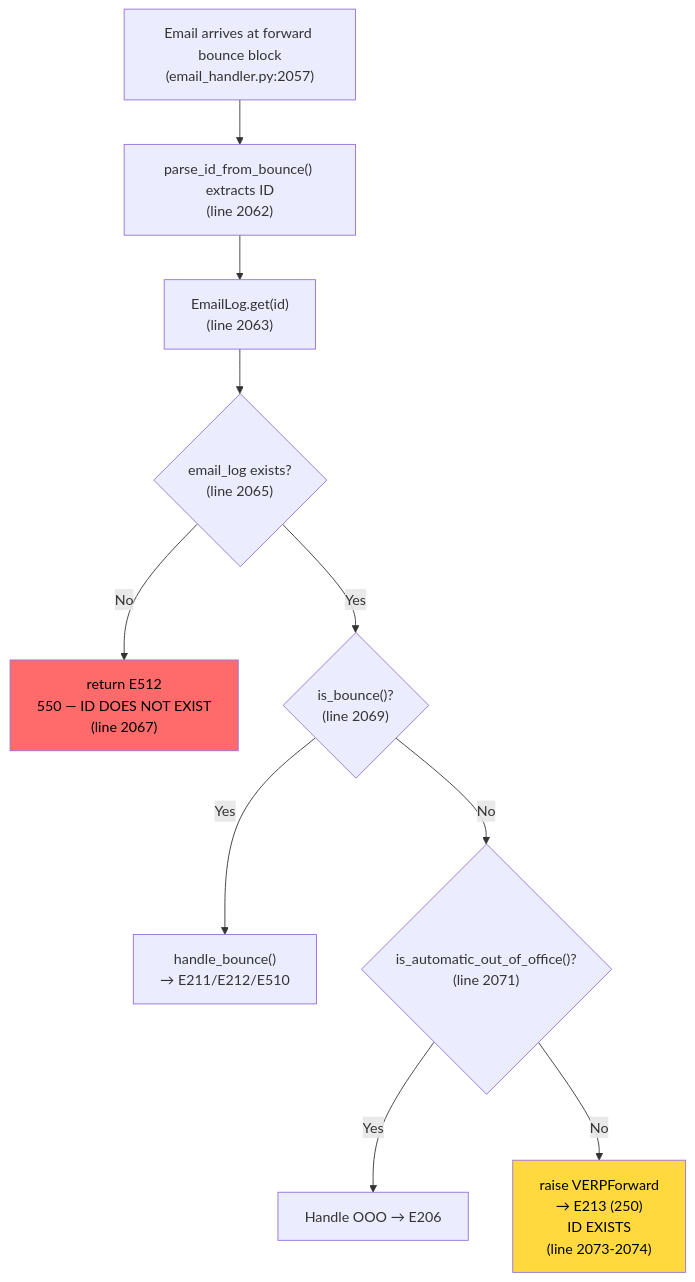
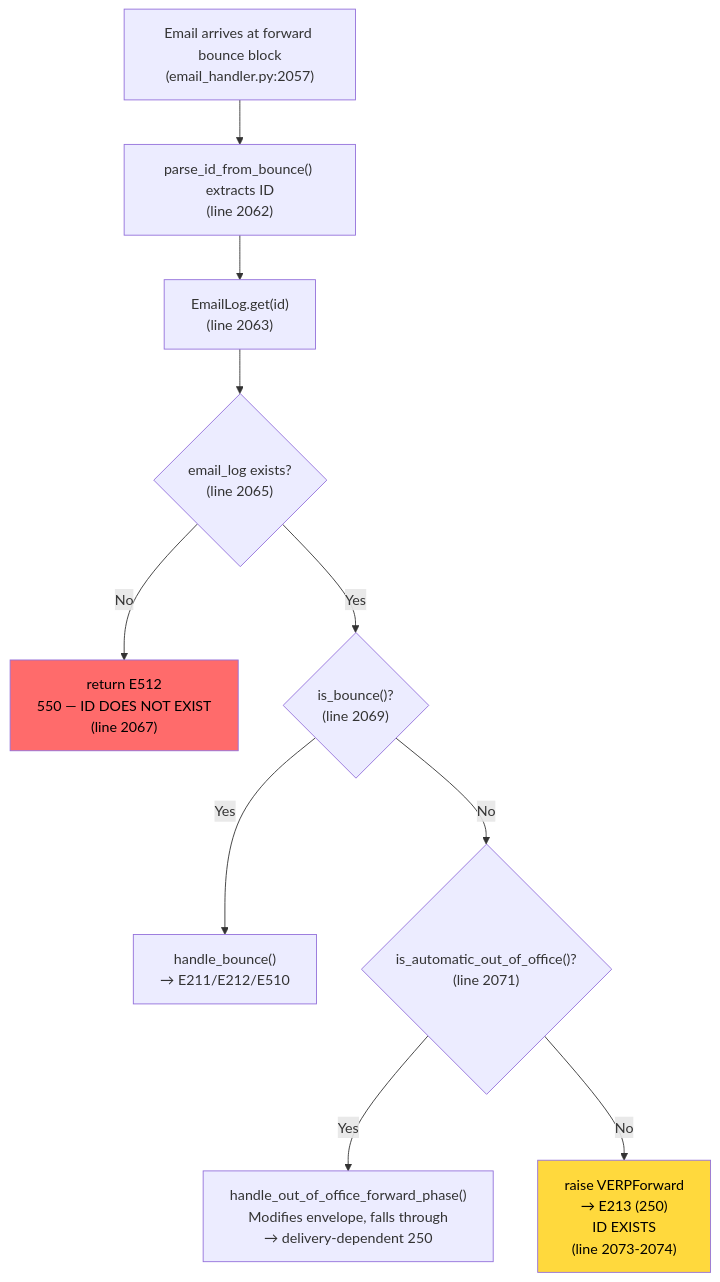
One commit to blitzy-research/app changed the second of 3 diagrams in blitzy/documentation/app_2cd6ee777f8c.md. Above: the diagram before and after it, drawn with Mermaid. The commit also changed other lines of this file, not shown here.

````diff
--- a/blitzy/documentation/app_2cd6ee777f8c.md
+++ b/blitzy/documentation/app_2cd6ee777f8c.md
@@ -449,15 +454,15 @@
 ```mermaid
 flowchart TD
     A["Email arrives at forward bounce block<br/>(email_handler.py:2057)"] --> B["parse_id_from_bounce() extracts ID<br/>(line 2062)"]
     B --> C["EmailLog.get(id)<br/>(line 2063)"]
     C --> D{"email_log exists?<br/>(line 2065)"}
     D -->|"No"| E["return E512<br/>550 — ID DOES NOT EXIST<br/>(line 2067)"]
     D -->|"Yes"| F{"is_bounce()?<br/>(line 2069)"}
     F -->|"Yes"| G["handle_bounce()<br/>→ E211/E212/E510"]
     F -->|"No"| H{"is_automatic_out_of_office()?<br/>(line 2071)"}
-    H -->|"Yes"| I["Handle OOO → E206"]
+    H -->|"Yes"| I["handle_out_of_office_forward_phase()<br/>Modifies envelope, falls through<br/>→ delivery-dependent 250"]
     H -->|"No"| J["raise VERPForward<br/>→ E213 (250)<br/>ID EXISTS<br/>(line 2073-2074)"]
 
     style E fill:#ff6b6b,color:#000
     style J fill:#ffd93d,color:#000
 ```
````
